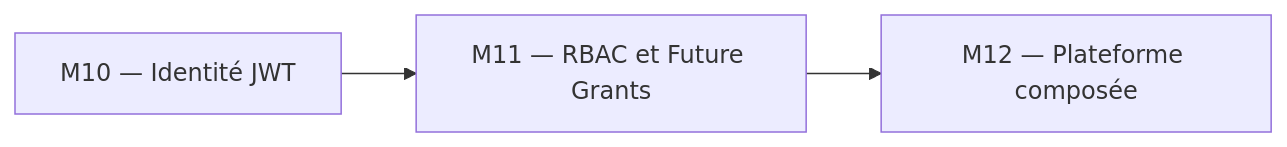
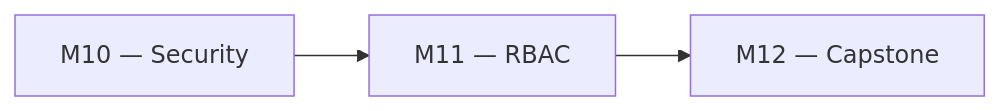
Before and after one commit to msellamiTN/Snowflake-terraform: the first of 2 diagrams in courses/day-04/module-11-rbac/lab.md, drawn with Mermaid. The commit also changed other lines of this file and 10 other files, not shown here.

````diff
--- a/courses/day-04/module-11-rbac/lab.md
+++ b/courses/day-04/module-11-rbac/lab.md
@@ -15,5 +18,5 @@
 ```mermaid
 flowchart LR
-    M10[M10 — Identité JWT] --> M11[M11 — RBAC et Future Grants]
-    M11 --> M12[M12 — Plateforme composée]
+    M10[M10 — Security] --> M11[M11 — RBAC]
+    M11 --> M12[M12 — Capstone]
 ```
````
